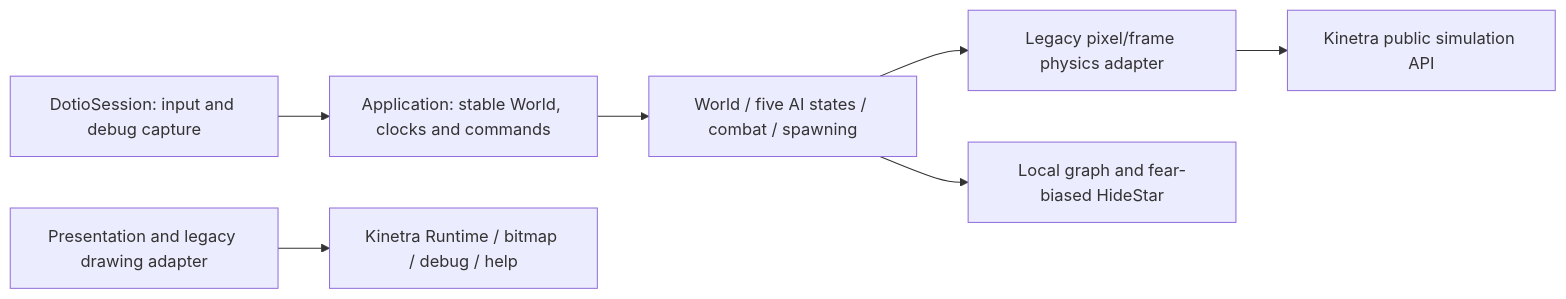
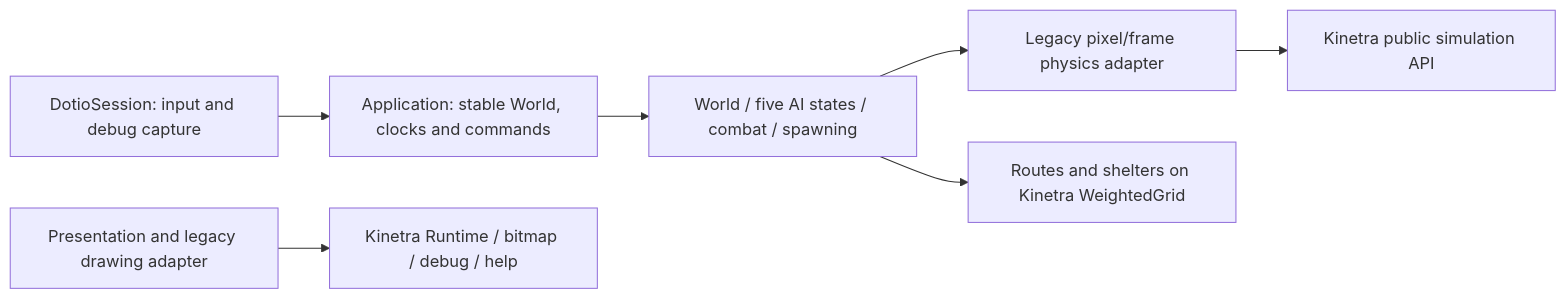
The diagram in docs/dotio-architecture.md (SMB-M87/Kinetra-Lab), drawn with Mermaid before and after one commit. The commit also changed other lines of this file and 3 other files, not shown here.

First line of the commit message:
docs(dotio): describe routes on the weighted grid and record step 4

````diff
--- a/docs/dotio-architecture.md
+++ b/docs/dotio-architecture.md
@@ -15,9 +15,9 @@
 ```mermaid
 flowchart LR
     Session[DotioSession: input and debug capture] --> App[Application: stable World, clocks and commands]
     App --> Rules[World / five AI states / combat / spawning]
     Rules --> Adapter[Legacy pixel/frame physics adapter]
     Adapter --> Sim[Kinetra public simulation API]
     Render[Presentation and legacy drawing adapter] --> Runtime[Kinetra Runtime / bitmap / debug / help]
-    Rules --> Graph[Local graph and fear-biased HideStar]
+    Rules --> Graph[Routes and shelters on Kinetra WeightedGrid]
 ```
````
